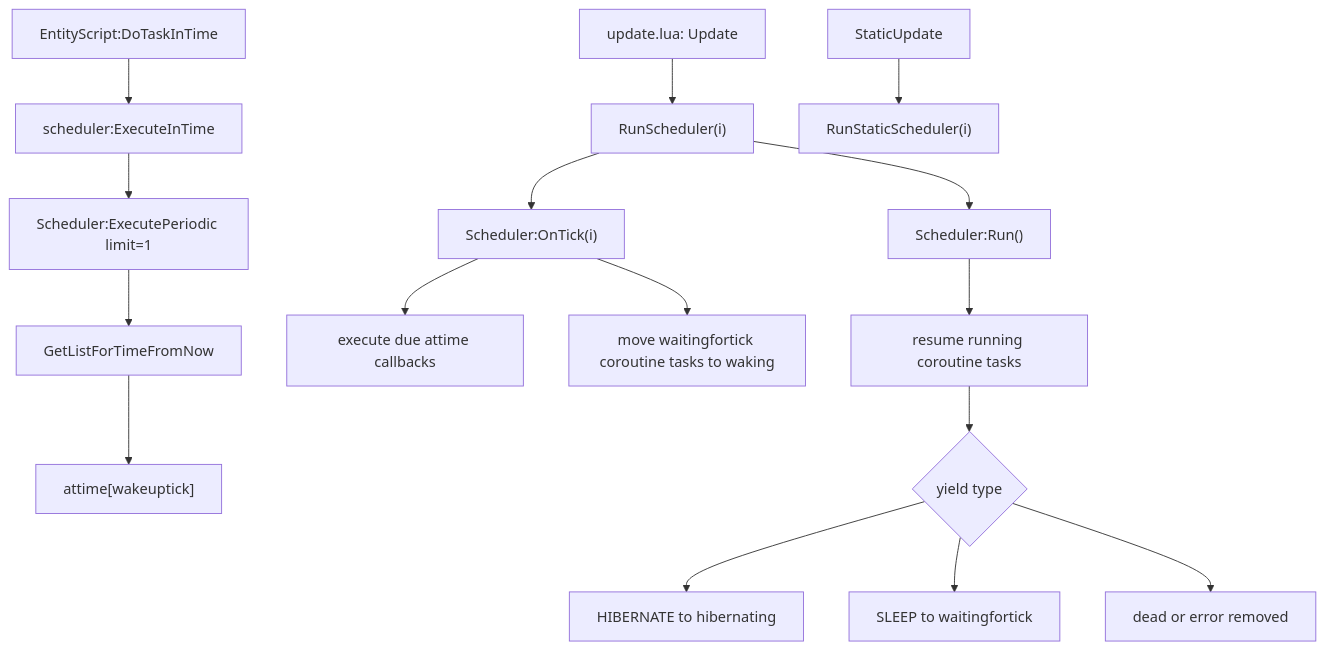
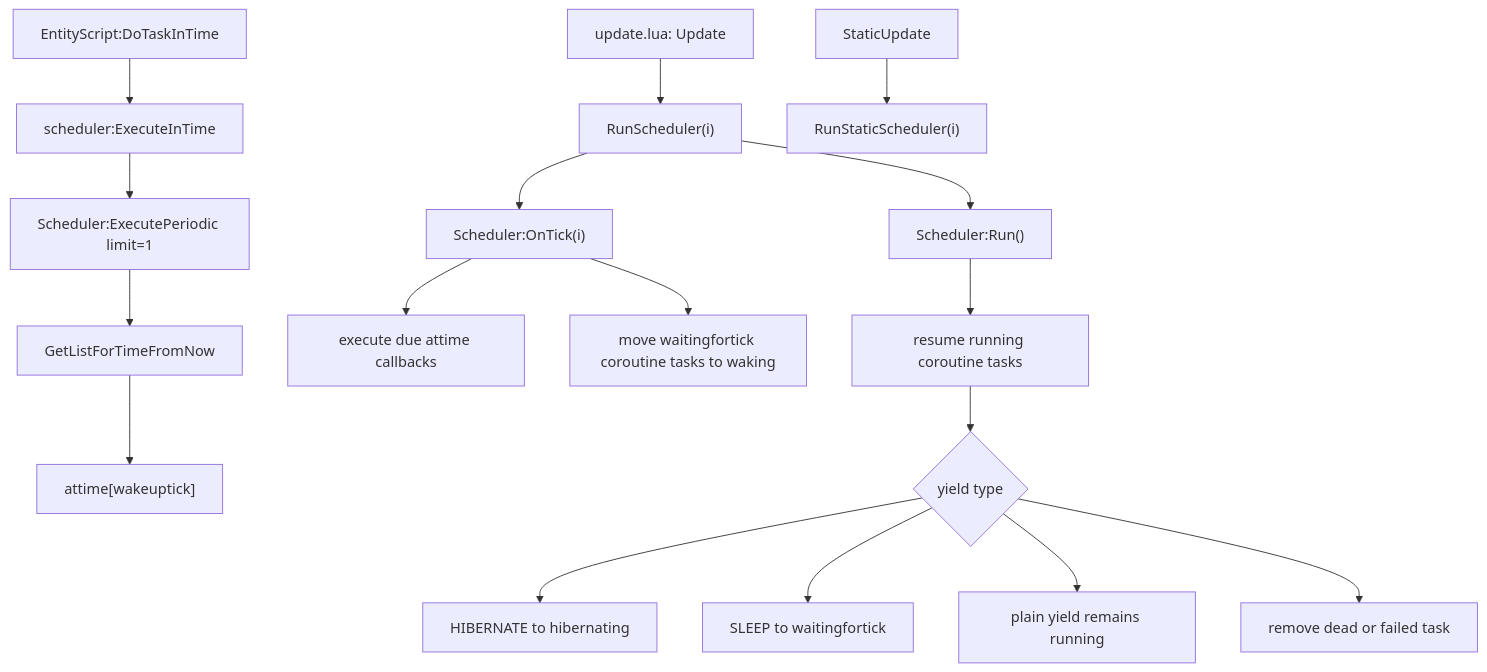
One commit to LetsStarveTogether/dst-server changed the diagram in dst-scripts/index/0x2000-runtime/0x2100-boot-loop/0x2103-scheduler.md. Above: the diagram before and after it, drawn with Mermaid. The commit also changed other lines of this file and 83 other files, not shown here.

```diff
--- a/dst-scripts/index/0x2000-runtime/0x2100-boot-loop/0x2103-scheduler.md
+++ b/dst-scripts/index/0x2000-runtime/0x2100-boot-loop/0x2103-scheduler.md
@@ -38,18 +43,19 @@
 ~~~mermaid
 flowchart TD
     A["EntityScript:DoTaskInTime"] --> B["scheduler:ExecuteInTime"]
     B --> C["Scheduler:ExecutePeriodic limit=1"]
     C --> D["GetListForTimeFromNow"]
     D --> E["attime[wakeuptick]"]
     F["update.lua: Update"] --> G["RunScheduler(i)"]
     G --> H["Scheduler:OnTick(i)"]
     H --> I["execute due attime callbacks"]
     H --> J["move waitingfortick coroutine tasks to waking"]
     G --> K["Scheduler:Run()"]
     K --> L["resume running coroutine tasks"]
     L --> M{"yield type"}
     M --> N["HIBERNATE to hibernating"]
     M --> O["SLEEP to waitingfortick"]
-    M --> P["dead or error removed"]
-    Q["StaticUpdate"] --> R["RunStaticScheduler(i)"]
+    M --> P["plain yield remains running"]
+    M --> Q["remove dead or failed task"]
+    R["StaticUpdate"] --> S["RunStaticScheduler(i)"]
 ~~~
```
